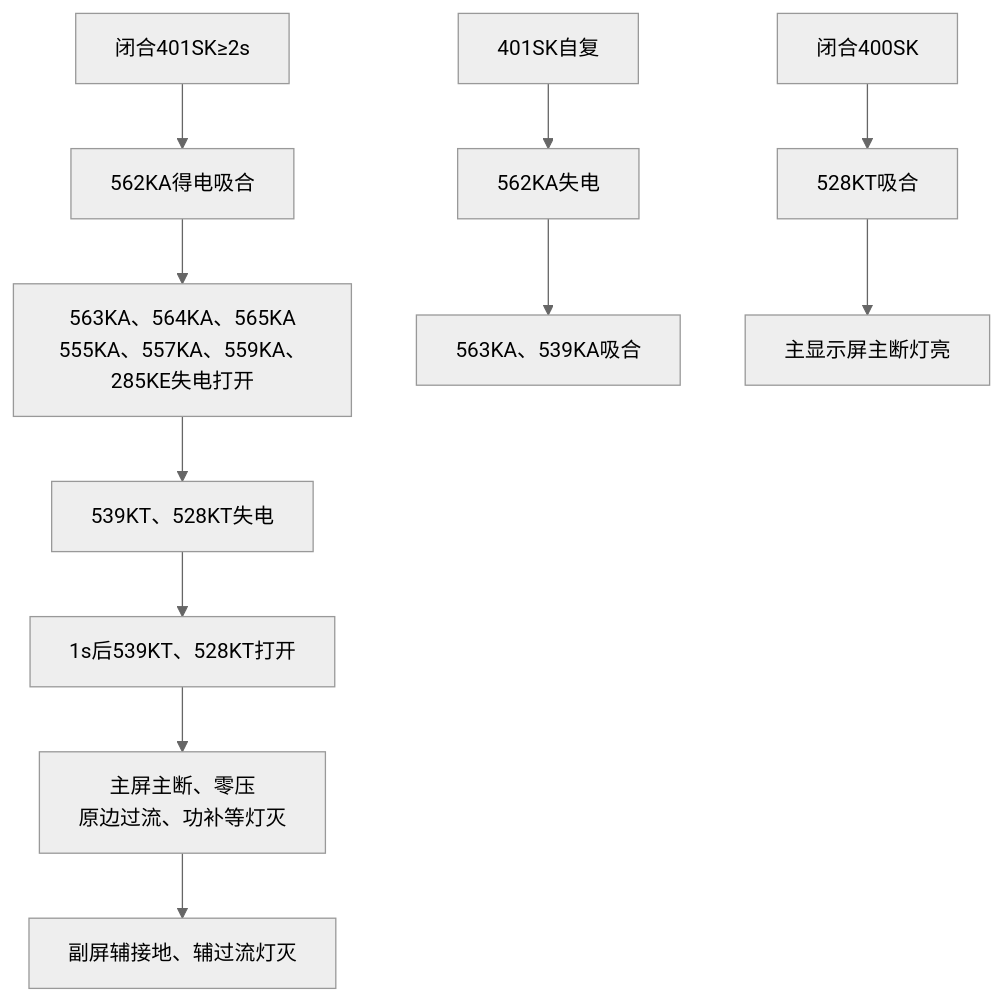
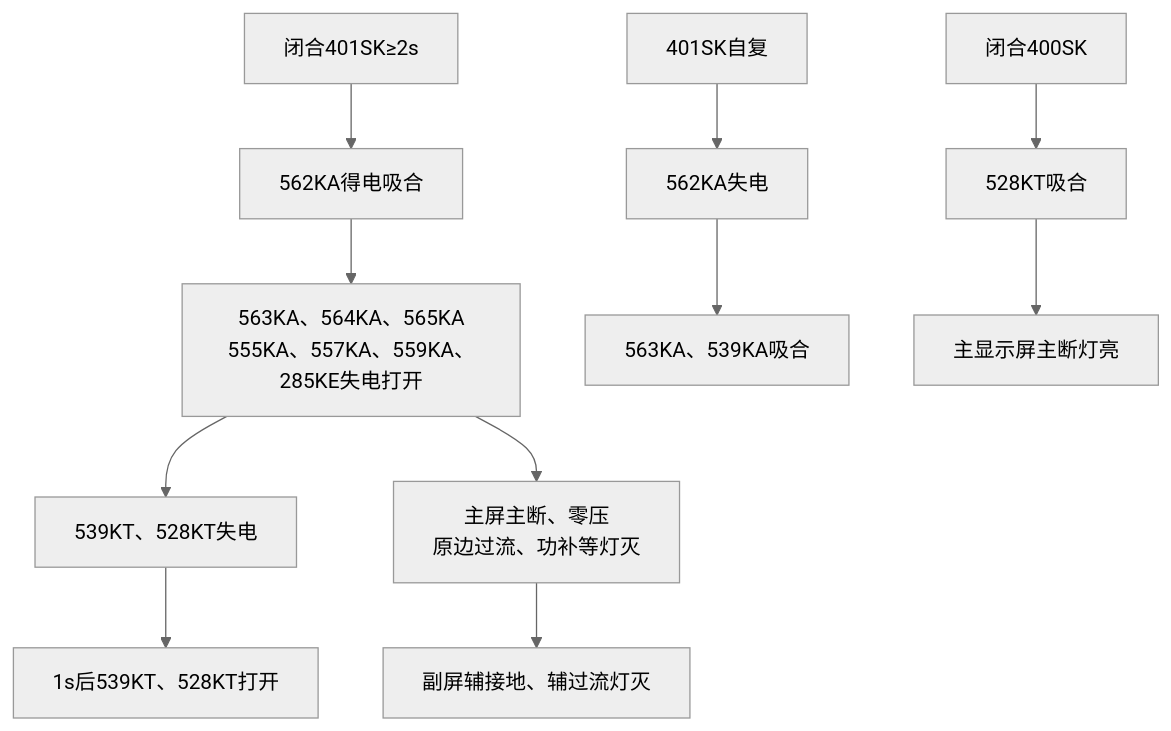
Before and after one commit to cjy0812/23school-note: the fifth of 10 diagrams in 2026实训/低压试验 0907-0924/低压试验笔记.md, drawn with Mermaid (neutral theme). The commit also changed other lines of this file, not shown here.

First line of the commit message:
fix: 低压实验-流程图走向错误

````diff
--- a/2026实训/低压试验 0907-0924/低压试验笔记.md
+++ b/2026实训/低压试验 0907-0924/低压试验笔记.md
@@ -160,21 +160,21 @@
 ```mermaid
 flowchart TD
 
 A[闭合401SK≥2s] --> B[562KA得电吸合]
 
 B --> C[563KA、564KA、565KA<br>555KA、557KA、559KA、285KE失电打开]
 
 C --> D[539KT、528KT失电]
 D --> E[1s后539KT、528KT打开]
 
-E --> F[主屏主断、零压<br>原边过流、功补等灯灭]
+C --> F[主屏主断、零压<br>原边过流、功补等灯灭]
 F --> G[副屏辅接地、辅过流灯灭]
 
 
 H[401SK自复] --> I[562KA失电]
 I --> J[563KA、539KA吸合]
 
 
 K[闭合400SK] --> L[528KT吸合]
 L --> M[主显示屏主断灯亮]
 ```
````
